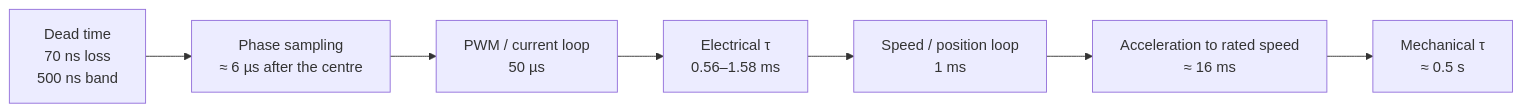
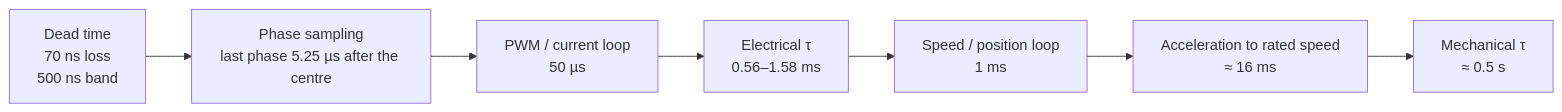
Before and after one commit to embedded-pro/e-foc: the first of 2 diagrams in documentation/theory/numbers-to-know.md, drawn with Mermaid. The commit also changed 7 other files, not shown here.

````diff
--- a/documentation/theory/numbers-to-know.md
+++ b/documentation/theory/numbers-to-know.md
@@ -100,9 +100,9 @@
 ```mermaid
 graph LR
-    DT["Dead time<br/>70 ns loss<br/>500 ns band"] --> ADC["Phase sampling<br/>≈ 6 µs after the centre"]
+    DT["Dead time<br/>70 ns loss<br/>500 ns band"] --> ADC["Phase sampling<br/>last phase 5.25 µs after the centre"]
     ADC --> PWM["PWM / current loop<br/>50 µs"]
     PWM --> TE["Electrical τ<br/>0.56–1.58 ms"]
     TE --> OUT["Speed / position loop<br/>1 ms"]
     OUT --> ACC["Acceleration to rated speed<br/>≈ 16 ms"]
     ACC --> TM["Mechanical τ<br/>≈ 0.5 s"]
 ```
````
